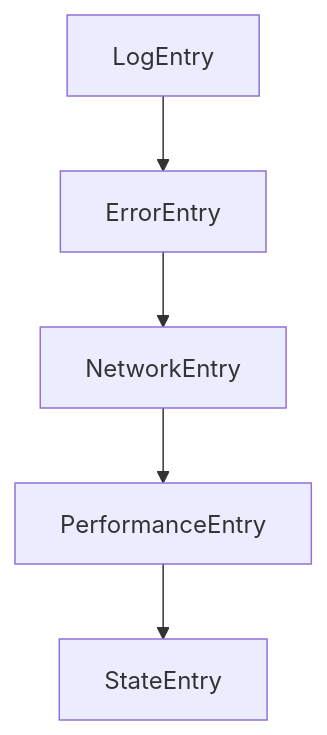
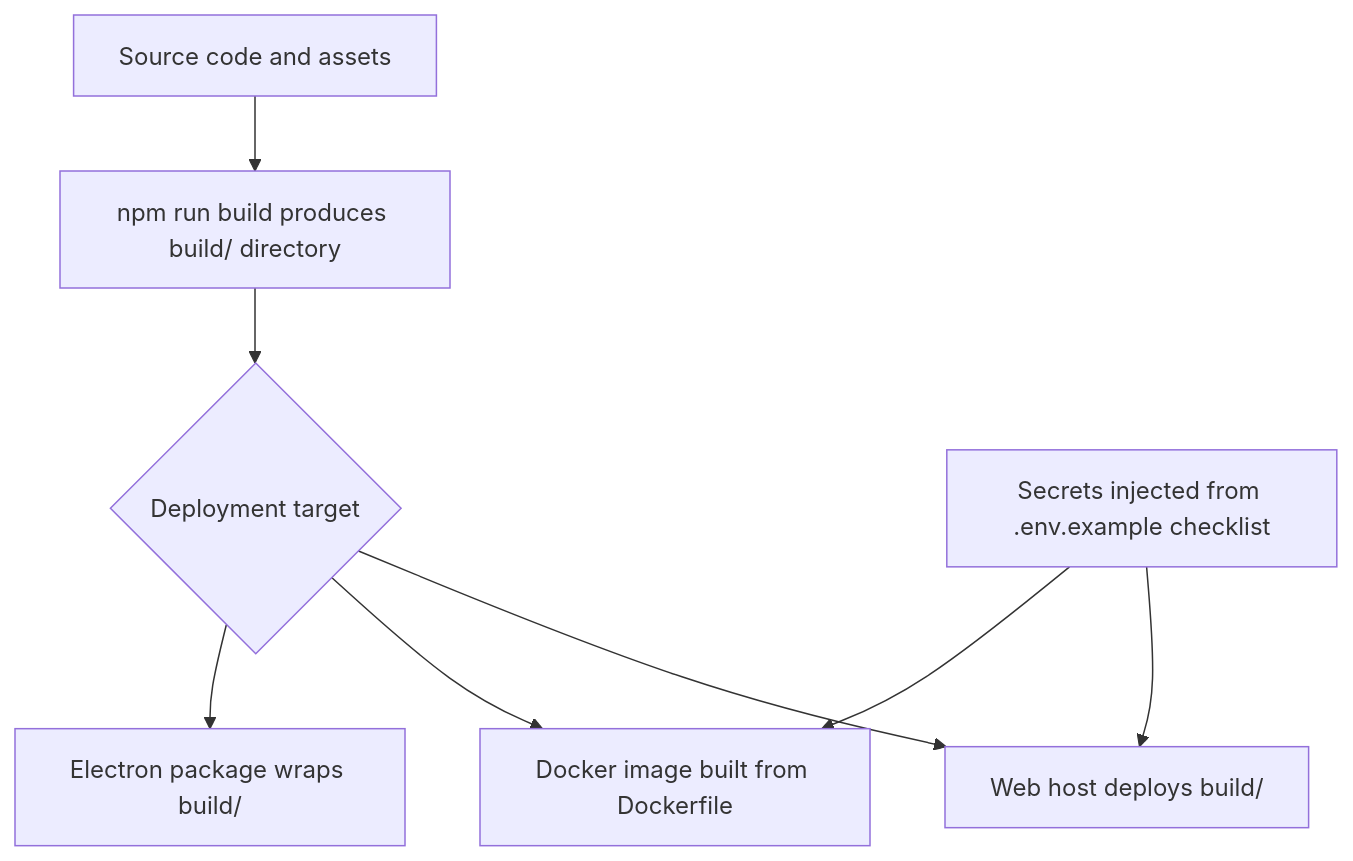
Before and after one commit to johnxie/awesome-code-docs: the diagram in tutorials/bolt-diy-tutorial/07-deployment-distribution.md, drawn with Mermaid. The commit also changed other lines of this file and 1232 other files, not shown here.

````diff
--- a/tutorials/bolt-diy-tutorial/07-deployment-distribution.md
+++ b/tutorials/bolt-diy-tutorial/07-deployment-distribution.md
@@ -290,12 +137,17 @@
 ```mermaid
 flowchart TD
-    A[LogEntry]
-    B[ErrorEntry]
-    C[NetworkEntry]
-    D[PerformanceEntry]
-    E[StateEntry]
+    A[Source code and assets]
+    B[npm run build produces build/ directory]
+    C{Deployment target}
+    D[Web host deploys build/]
+    E[Docker image built from Dockerfile]
+    F[Electron package wraps build/]
+    G[Secrets injected from .env.example checklist]
     A --> B
     B --> C
     C --> D
-    D --> E
+    C --> E
+    C --> F
+    G --> D
+    G --> E
 ```
````
